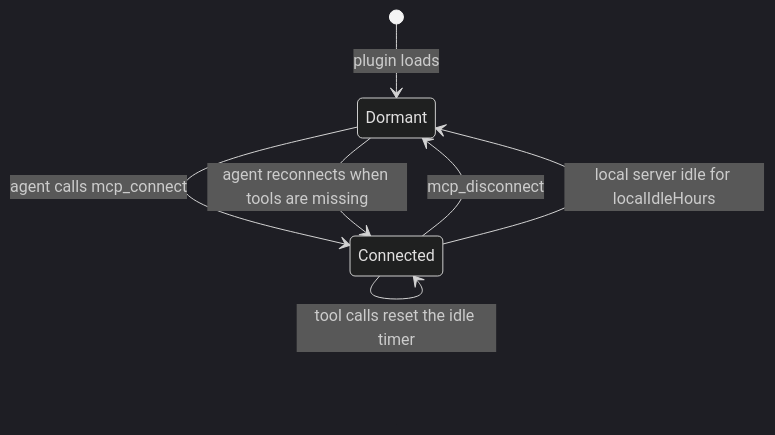
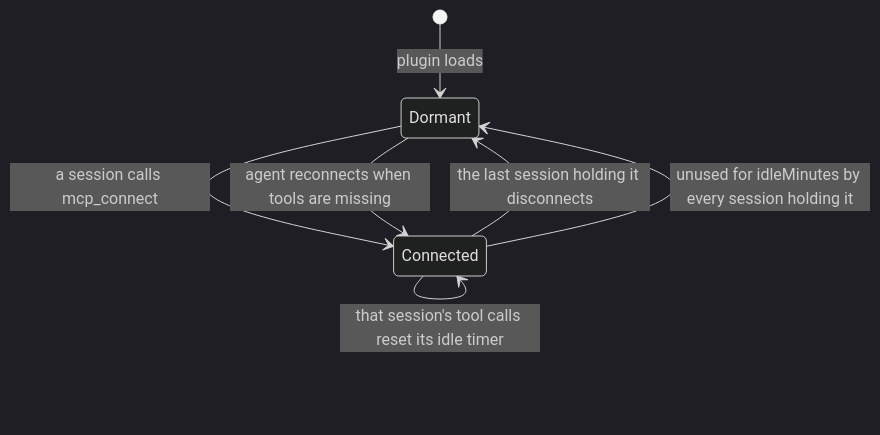
One commit to chrismaree/open-code-mcp-on-demand changed the second of 2 diagrams in README.md. Above: the diagram before and after it, drawn with Mermaid (dark theme). The commit also changed other lines of this file and 5 other files, not shown here.

First line of the commit message:
Per-session MCP scope, 1-hour idle drop for local and remote servers

````diff
--- a/README.md
+++ b/README.md
@@ -94,9 +96,9 @@
 ```mermaid
 stateDiagram-v2
     [*] --> Dormant: plugin loads
-    Dormant --> Connected: agent calls mcp_connect
-    Connected --> Connected: tool calls reset the idle timer
-    Connected --> Dormant: mcp_disconnect
-    Connected --> Dormant: local server idle for localIdleHours
+    Dormant --> Connected: a session calls mcp_connect
+    Connected --> Connected: that session's tool calls reset its idle timer
+    Connected --> Dormant: the last session holding it disconnects
+    Connected --> Dormant: unused for idleMinutes by every session holding it
     Dormant --> Connected: agent reconnects when tools are missing
 ```
````
